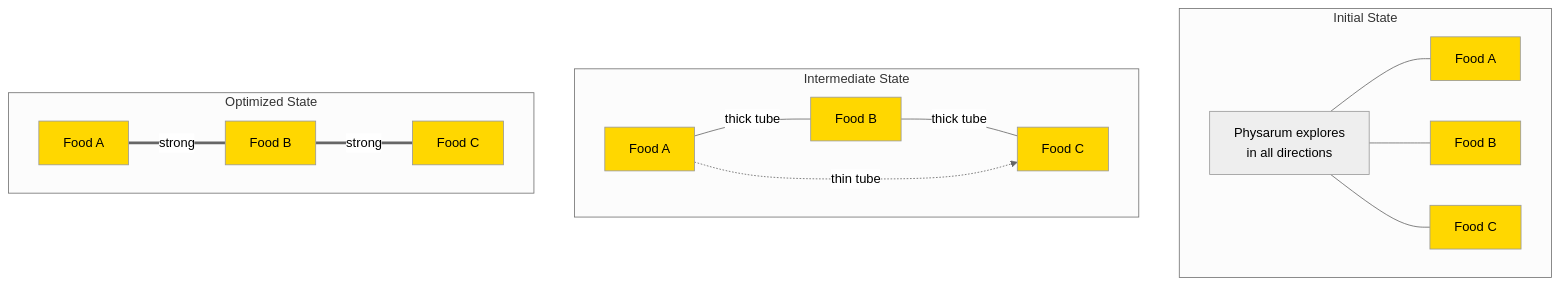
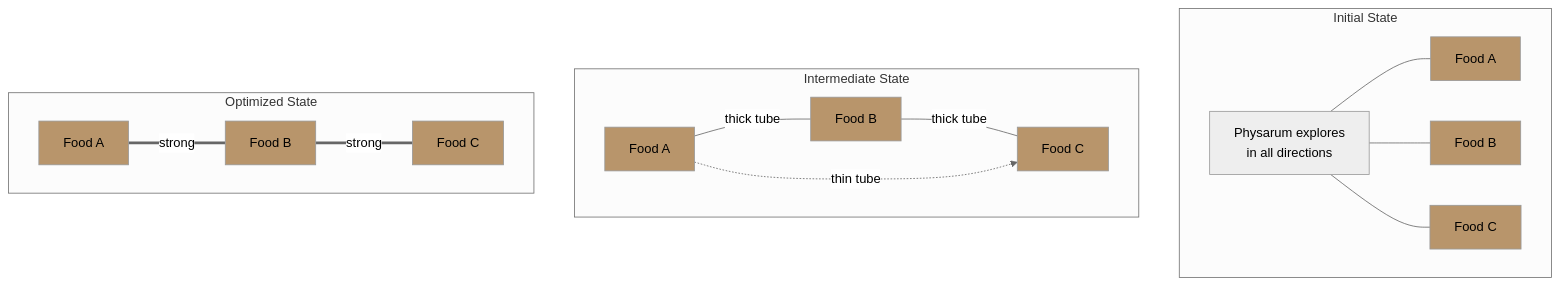
One commit to ScopeCreep-zip/Symbiont changed the second of 7 diagrams in docs/concepts/biological-foundations.md. Above: the diagram before and after it, drawn with Mermaid (neutral theme). The commit also changed other lines of this file and 17 other files, not shown here.

Commit message:
update to diagram colors

````diff
--- a/docs/concepts/biological-foundations.md
+++ b/docs/concepts/biological-foundations.md
@@ -59,39 +59,39 @@
 ```mermaid
 graph TB
     subgraph "Initial State"
         F1A[Food A]
         F1B[Food B]
         F1C[Food C]
         BLOB1[Physarum explores<br/>in all directions]
         BLOB1 --- F1A
         BLOB1 --- F1B
         BLOB1 --- F1C
     end
 
     subgraph "Intermediate State"
         F2A[Food A]
         F2B[Food B]
         F2C[Food C]
         F2A ---|thick tube| F2B
         F2B ---|thick tube| F2C
         F2A -.->|thin tube| F2C
     end
 
     subgraph "Optimized State"
         F3A[Food A]
         F3B[Food B]
         F3C[Food C]
         F3A ===|strong| F3B
         F3B ===|strong| F3C
     end
 
-    style F1A fill:#FFD700
-    style F1B fill:#FFD700
-    style F1C fill:#FFD700
-    style F2A fill:#FFD700
-    style F2B fill:#FFD700
-    style F2C fill:#FFD700
-    style F3A fill:#FFD700
-    style F3B fill:#FFD700
-    style F3C fill:#FFD700
+    style F1A fill:#b8956b
+    style F1B fill:#b8956b
+    style F1C fill:#b8956b
+    style F2A fill:#b8956b
+    style F2B fill:#b8956b
+    style F2C fill:#b8956b
+    style F3A fill:#b8956b
+    style F3B fill:#b8956b
+    style F3C fill:#b8956b
 ```
````
